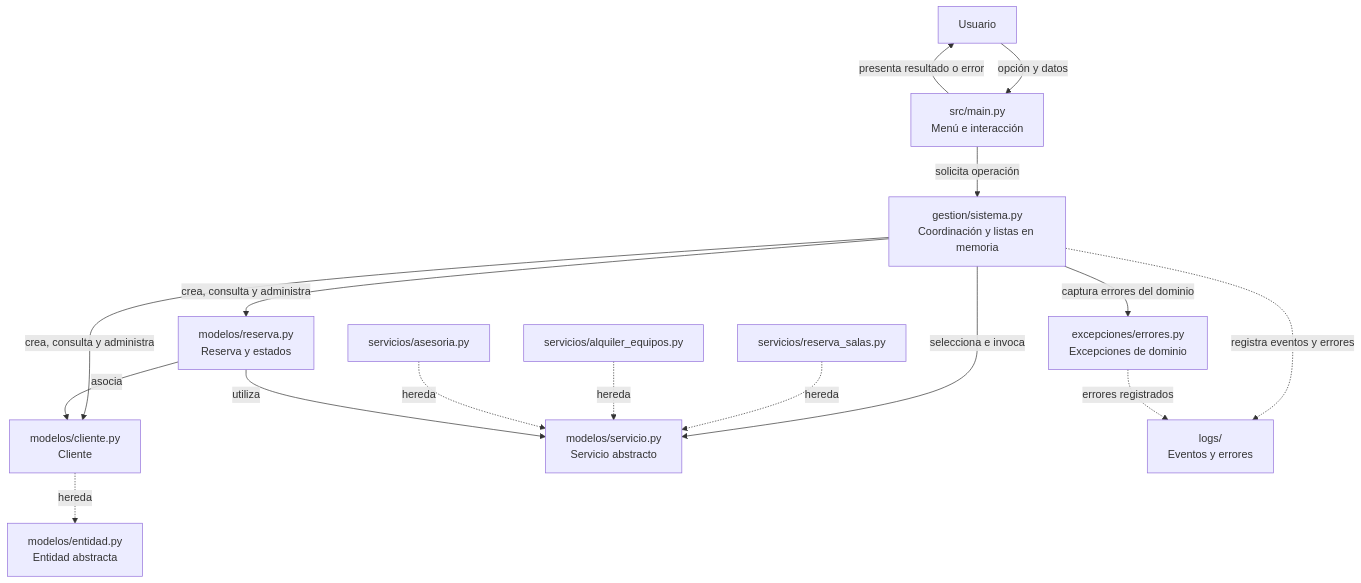
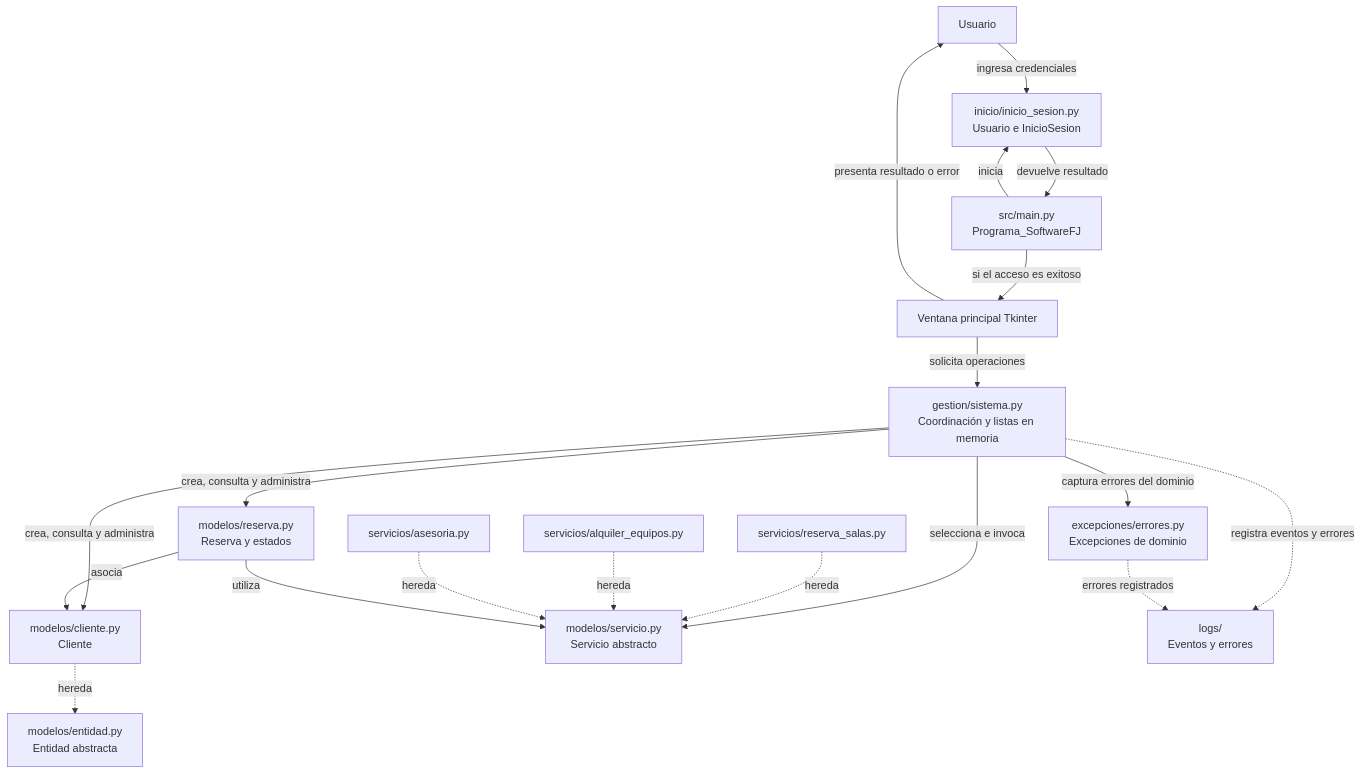
The first of 2 diagrams in README.md (DianaLop01/Fase4_Programacion_G_161), drawn with Mermaid before and after one commit. The commit also changed other lines of this file and 2 other files, not shown here.

Commit message:
Código principal de Main, código de inicio de sesión y actualización de README

````diff
--- a/README.md
+++ b/README.md
@@ -121,31 +141,36 @@
 ```mermaid
 flowchart TB
     U[Usuario]
-    M["src/main.py<br/>Menú e interacción"]
+    M["src/main.py<br/>Programa_SoftwareFJ"]
+    I["inicio/inicio_sesion.py<br/>Usuario e InicioSesion"]
+    V["Ventana principal Tkinter"]
     G["gestion/sistema.py<br/>Coordinación y listas en memoria"]
     C["modelos/cliente.py<br/>Cliente"]
     E["modelos/entidad.py<br/>Entidad abstracta"]
     R["modelos/reserva.py<br/>Reserva y estados"]
     S["modelos/servicio.py<br/>Servicio abstracto"]
     SS["servicios/reserva_salas.py"]
     SE["servicios/alquiler_equipos.py"]
     SA["servicios/asesoria.py"]
     X["excepciones/errores.py<br/>Excepciones de dominio"]
     L["logs/<br/>Eventos y errores"]
 
-    U -->|opción y datos| M
-    M -->|solicita operación| G
+    M -->|inicia| I
+    U -->|ingresa credenciales| I
+    I -->|devuelve resultado| M
+    M -->|si el acceso es exitoso| V
+    V -->|solicita operaciones| G
     G -->|crea, consulta y administra| C
     G -->|crea, consulta y administra| R
     G -->|selecciona e invoca| S
     C -. hereda .-> E
     SS -. hereda .-> S
     SE -. hereda .-> S
     SA -. hereda .-> S
     R -->|asocia| C
     R -->|utiliza| S
     G -->|captura errores del dominio| X
-    M -->|presenta resultado o error| U
+    V -->|presenta resultado o error| U
     G -. registra eventos y errores .-> L
     X -. errores registrados .-> L
 ```
````
